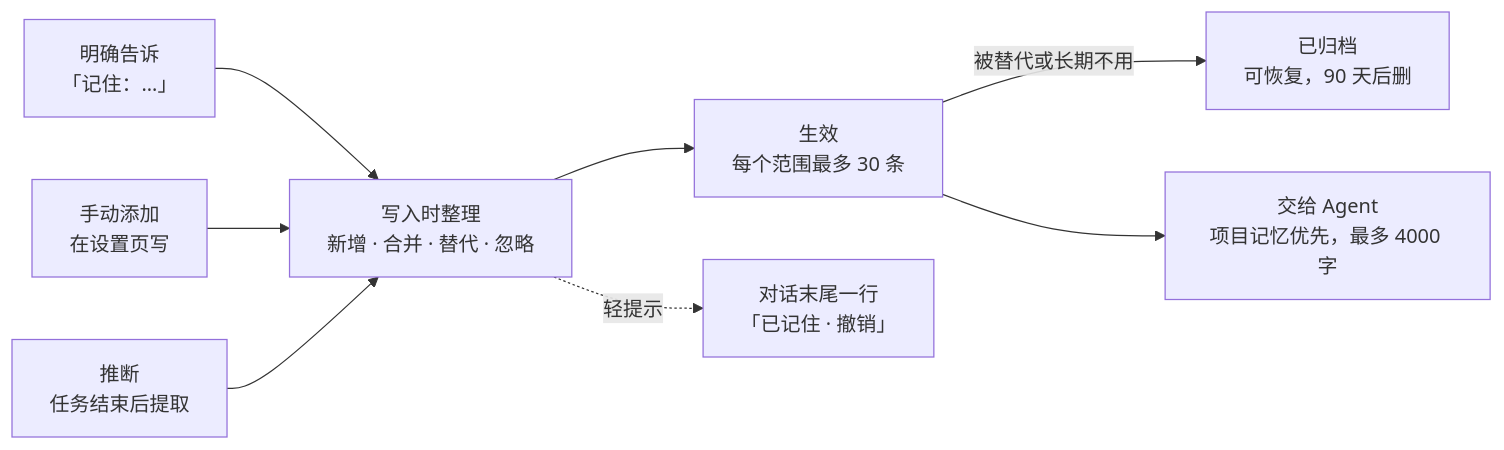
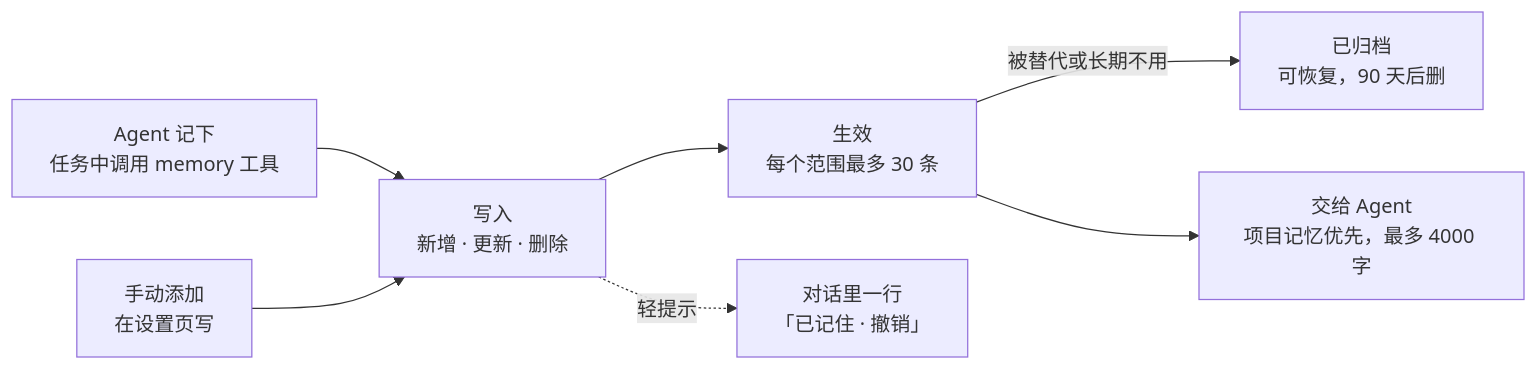
One commit to B-A-M-N/hybridInference-cloud-agent-1 changed the diagram in docs/agents/specs/2026-10-13-memory-redesign.zh-CN.md. Above: the diagram before and after it, drawn with Mermaid. The commit also changed other lines of this file and 22 other files, not shown here.

````diff
--- a/docs/agents/specs/2026-10-13-memory-redesign.zh-CN.md
+++ b/docs/agents/specs/2026-10-13-memory-redesign.zh-CN.md
@@ -62,11 +63,10 @@
 ```mermaid
 flowchart LR
-    explicit["明确告诉<br/>「记住：…」"] --> tidy
+    agent_tool["Agent 记下<br/>任务中调用 memory 工具"] --> tidy
     manual["手动添加<br/>在设置页写"] --> tidy
-    inferred["推断<br/>任务结束后提取"] --> tidy
-    tidy["写入时整理<br/>新增 · 合并 · 替代 · 忽略"]
+    tidy["写入<br/>新增 · 更新 · 删除"]
     tidy --> active["生效<br/>每个范围最多 30 条"]
-    tidy -. 轻提示 .-> notice["对话末尾一行<br/>「已记住 · 撤销」"]
+    tidy -. 轻提示 .-> notice["对话里一行<br/>「已记住 · 撤销」"]
     active -- 被替代或长期不用 --> archived["已归档<br/>可恢复，90 天后删"]
     active --> agent["交给 Agent<br/>项目记忆优先，最多 4000 字"]
 ```
````
